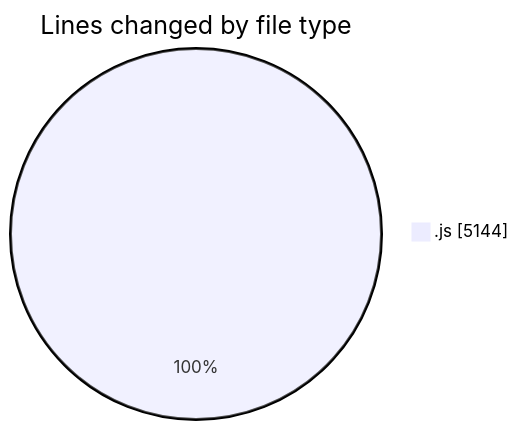
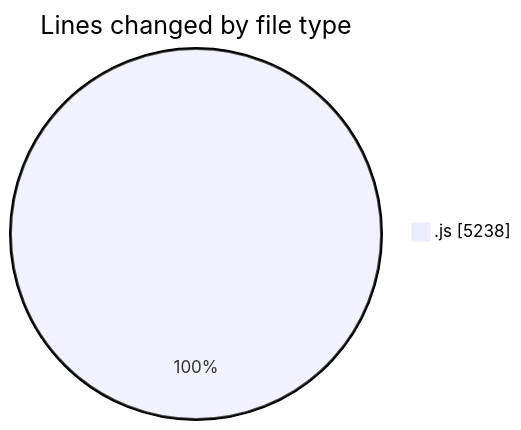
Before and after one commit to nxtqubesakshisongat/code-tracking: the first of 2 diagrams in 2025-09-02/nxtqube_webapp/README.md, drawn with Mermaid. The commit also changed other lines of this file and 1 other file, not shown here.

````diff
--- a/2025-09-02/nxtqube_webapp/README.md
+++ b/2025-09-02/nxtqube_webapp/README.md
@@ -20,5 +20,5 @@
 ```mermaid
 pie showData
 title Lines changed by file type
-".js" : 5144
+".js" : 5238
 ```
````
